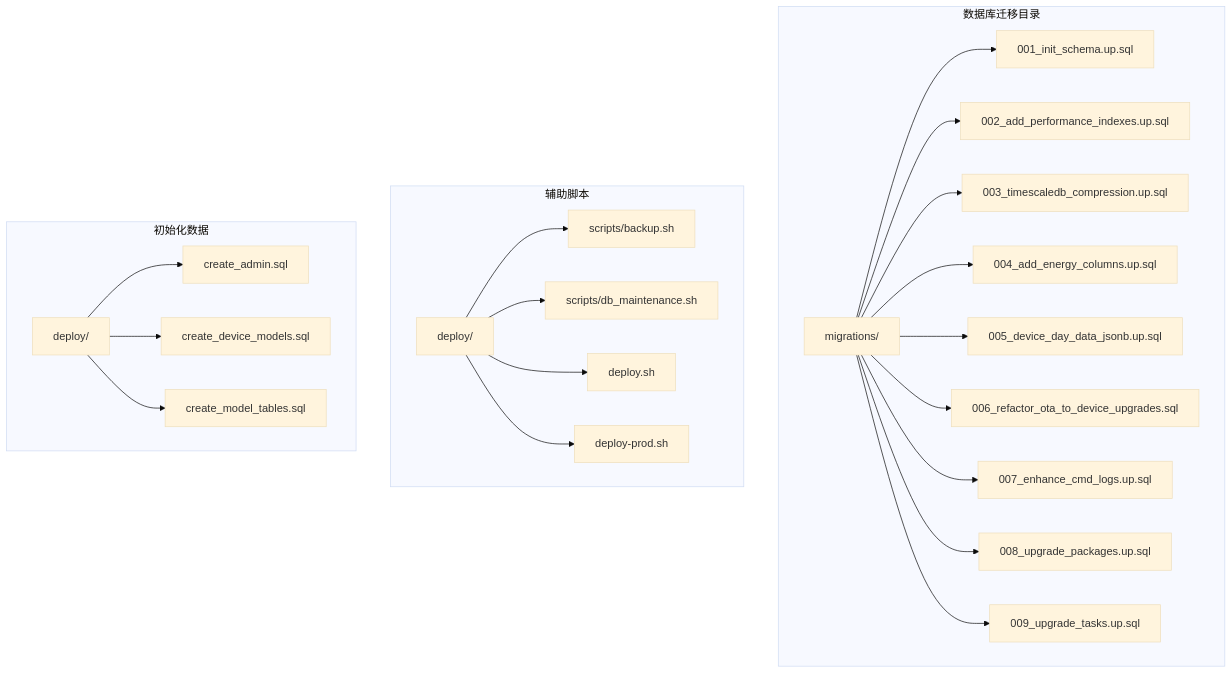
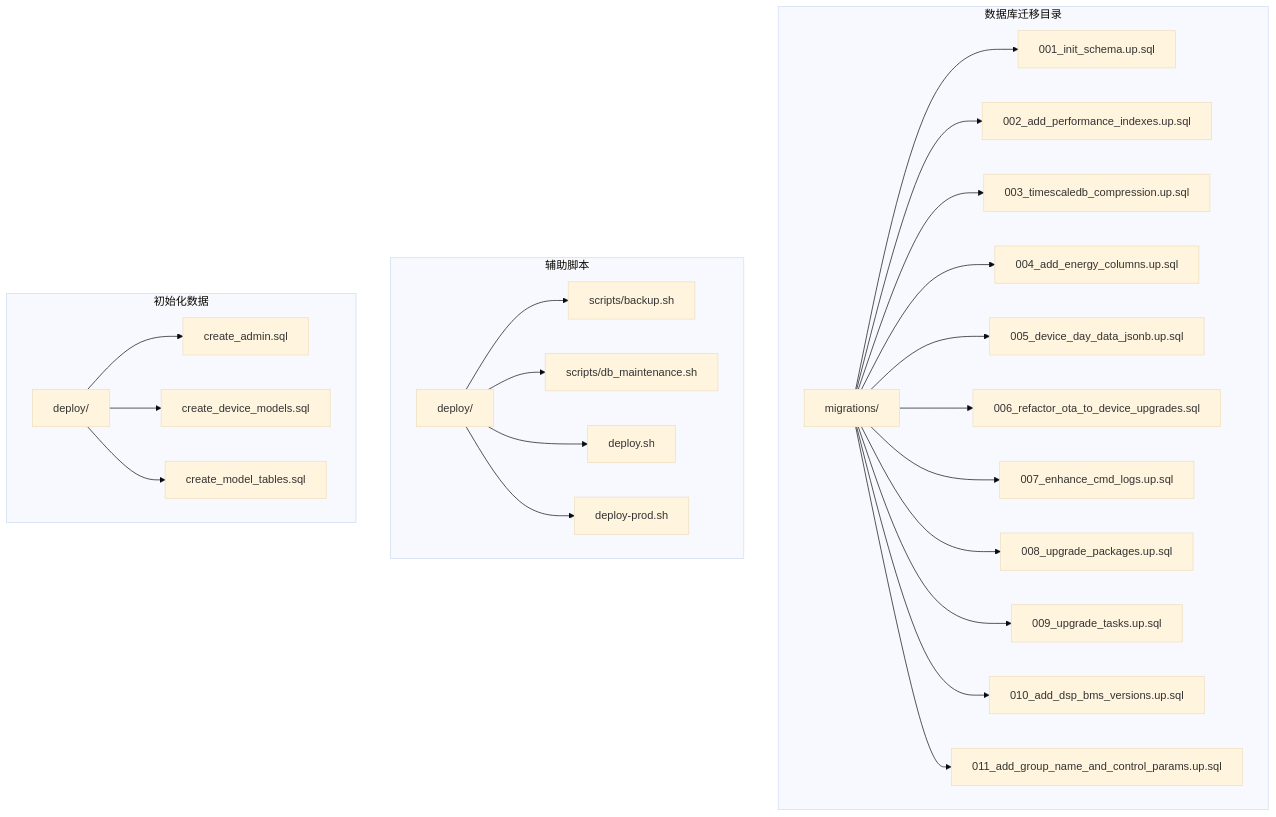
One commit to mcmrzy/cs_inv_monitor-develop changed the first of 23 diagrams in .qoder/repowiki/zh/content/数据库设计/数据库迁移管理.md. Above: the diagram before and after it, drawn with Mermaid (base theme). The commit also changed other lines of this file and 12 other files, not shown here.

````diff
--- a/.qoder/repowiki/zh/content/数据库设计/数据库迁移管理.md
+++ b/.qoder/repowiki/zh/content/数据库设计/数据库迁移管理.md
@@ -49,28 +60,30 @@
 ```mermaid
 graph TB
 subgraph "数据库迁移目录"
 MIGRATIONS[migrations/]
 MIGRATIONS --> INIT[001_init_schema.up.sql]
 MIGRATIONS --> INDEXES[002_add_performance_indexes.up.sql]
 MIGRATIONS --> COMPRESSION[003_timescaledb_compression.up.sql]
 MIGRATIONS --> ENERGY[004_add_energy_columns.up.sql]
 MIGRATIONS --> JSONB[005_device_day_data_jsonb.up.sql]
 MIGRATIONS --> OTA[006_refactor_ota_to_device_upgrades.sql]
 MIGRATIONS --> CMDLOGS[007_enhance_cmd_logs.up.sql]
 MIGRATIONS --> UPGRADE_PACKAGES[008_upgrade_packages.up.sql]
 MIGRATIONS --> UPGRADE_TASKS[009_upgrade_tasks.up.sql]
+MIGRATIONS --> DSP_BMS[010_add_dsp_bms_versions.up.sql]
+MIGRATIONS --> GROUP_PARAMS[011_add_group_name_and_control_params.up.sql]
 end
 subgraph "辅助脚本"
 DEPLOY[deploy/]
 DEPLOY --> BACKUP[scripts/backup.sh]
 DEPLOY --> MAINTENANCE[scripts/db_maintenance.sh]
 DEPLOY --> DEPLOY_SCRIPT[deploy.sh]
 DEPLOY --> PROD_DEPLOY[deploy-prod.sh]
 end
 subgraph "初始化数据"
 INIT_DATA[deploy/]
 INIT_DATA --> ADMIN[create_admin.sql]
 INIT_DATA --> MODELS[create_device_models.sql]
 INIT_DATA --> TABLES[create_model_tables.sql]
 end
 ```
````
